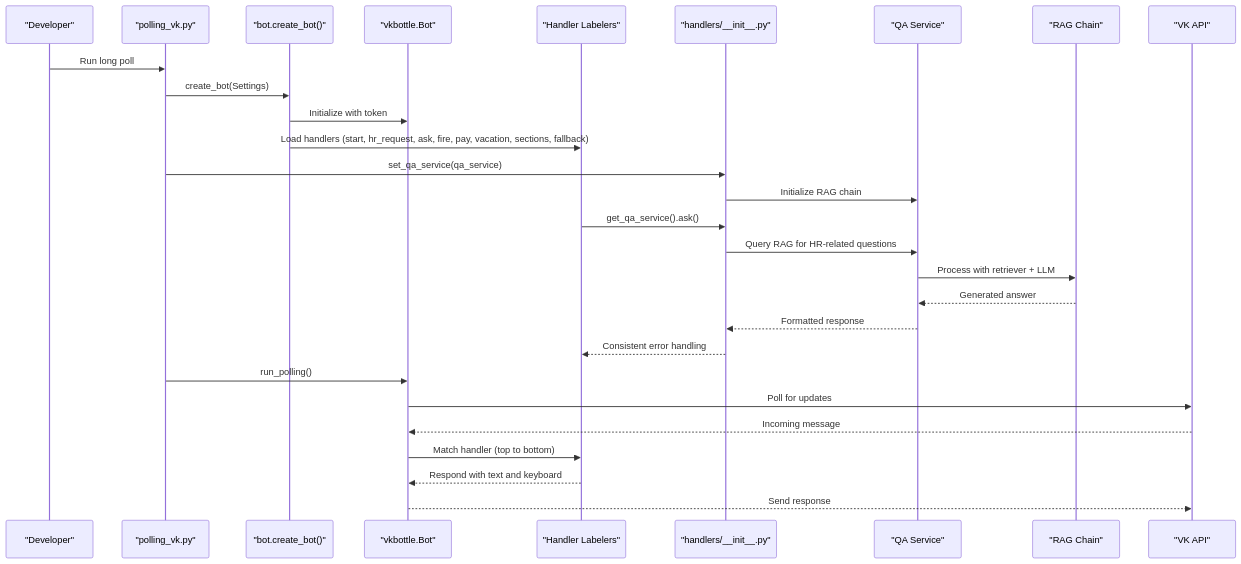
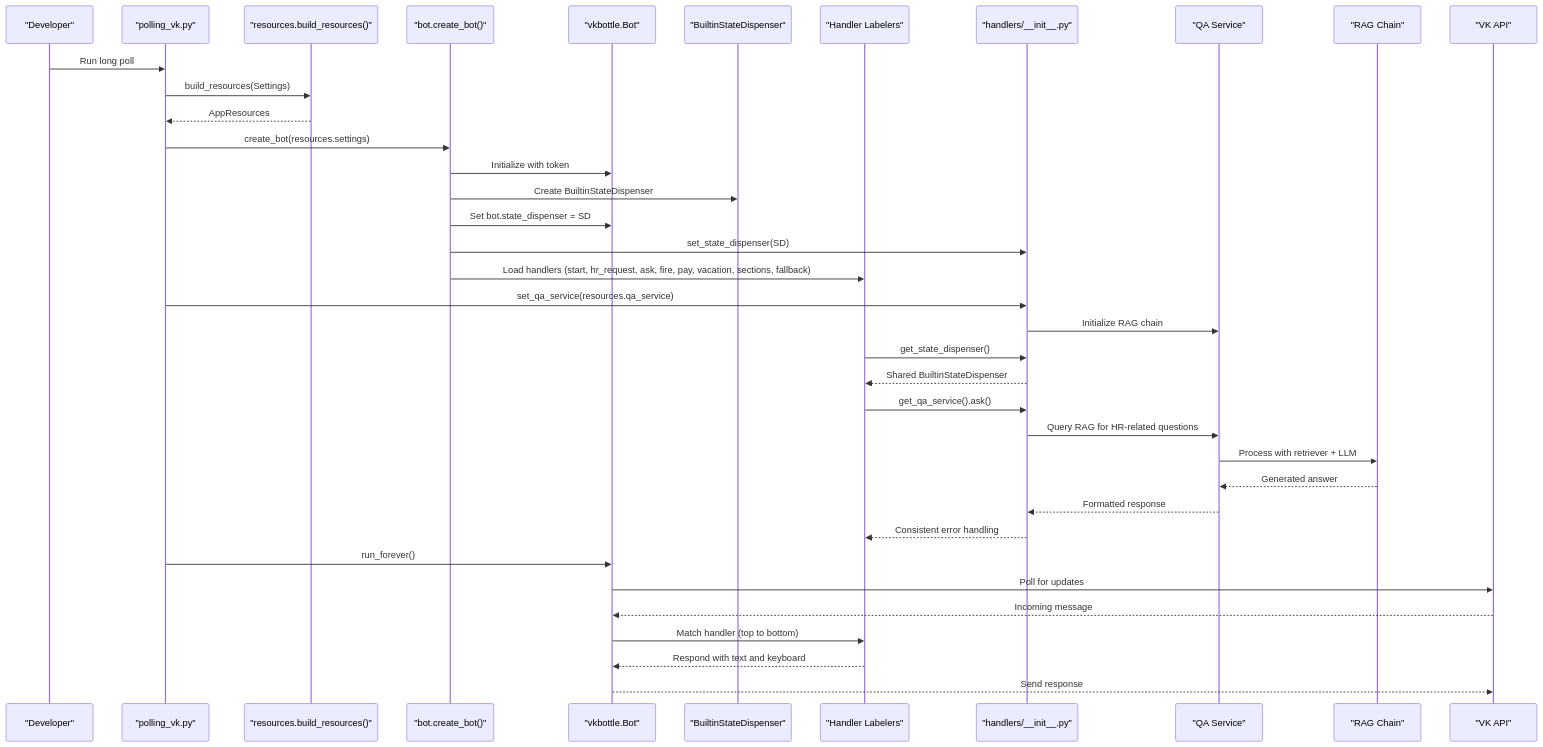
Before and after one commit to ognelis/cafetera_hr_bot: the second of 12 diagrams in .qoder/repowiki/en/content/VK Integration/VK Integration.md, drawn with Mermaid. The commit also changed other lines of this file and 14 other files, not shown here.

````diff
--- a/.qoder/repowiki/en/content/VK Integration/VK Integration.md
+++ b/.qoder/repowiki/en/content/VK Integration/VK Integration.md
@@ -178,30 +196,39 @@
 ```mermaid
 sequenceDiagram
 participant Dev as "Developer"
 participant Script as "polling_vk.py"
+participant Resources as "resources.build_resources()"
 participant Factory as "bot.create_bot()"
 participant Bot as "vkbottle.Bot"
+participant SD as "BuiltinStateDispenser"
 participant Labelers as "Handler Labelers"
 participant Utils as "handlers/__init__.py"
 participant QA as "QA Service"
 participant RAG as "RAG Chain"
 participant VK as "VK API"
 Dev->>Script : Run long poll
-Script->>Factory : create_bot(Settings)
+Script->>Resources : build_resources(Settings)
+Resources-->>Script : AppResources
+Script->>Factory : create_bot(resources.settings)
 Factory->>Bot : Initialize with token
+Factory->>SD : Create BuiltinStateDispenser
+Factory->>Bot : Set bot.state_dispenser = SD
+Factory->>Utils : set_state_dispenser(SD)
 Factory->>Labelers : Load handlers (start, hr_request, ask, fire, pay, vacation, sections, fallback)
-Script->>Utils : set_qa_service(qa_service)
+Script->>Utils : set_qa_service(resources.qa_service)
 Utils->>QA : Initialize RAG chain
+Labelers->>Utils : get_state_dispenser()
+Utils-->>Labelers : Shared BuiltinStateDispenser
 Labelers->>Utils : get_qa_service().ask()
 Utils->>QA : Query RAG for HR-related questions
 QA->>RAG : Process with retriever + LLM
 RAG-->>QA : Generated answer
 QA-->>Utils : Formatted response
 Utils-->>Labelers : Consistent error handling
-Script->>Bot : run_polling()
+Script->>Bot : run_forever()
 Bot->>VK : Poll for updates
 VK-->>Bot : Incoming message
 Bot->>Labelers : Match handler (top to bottom)
 Labelers-->>Bot : Respond with text and keyboard
 Bot-->>VK : Send response
 ```
````
